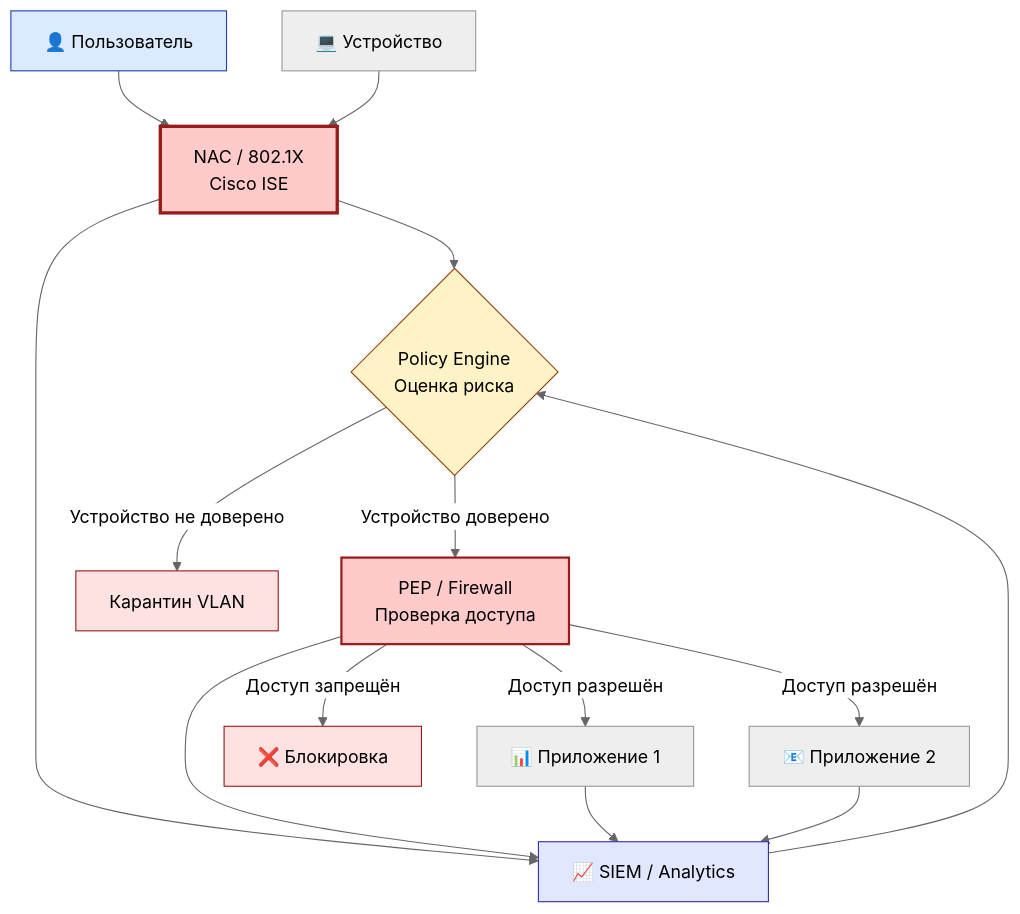
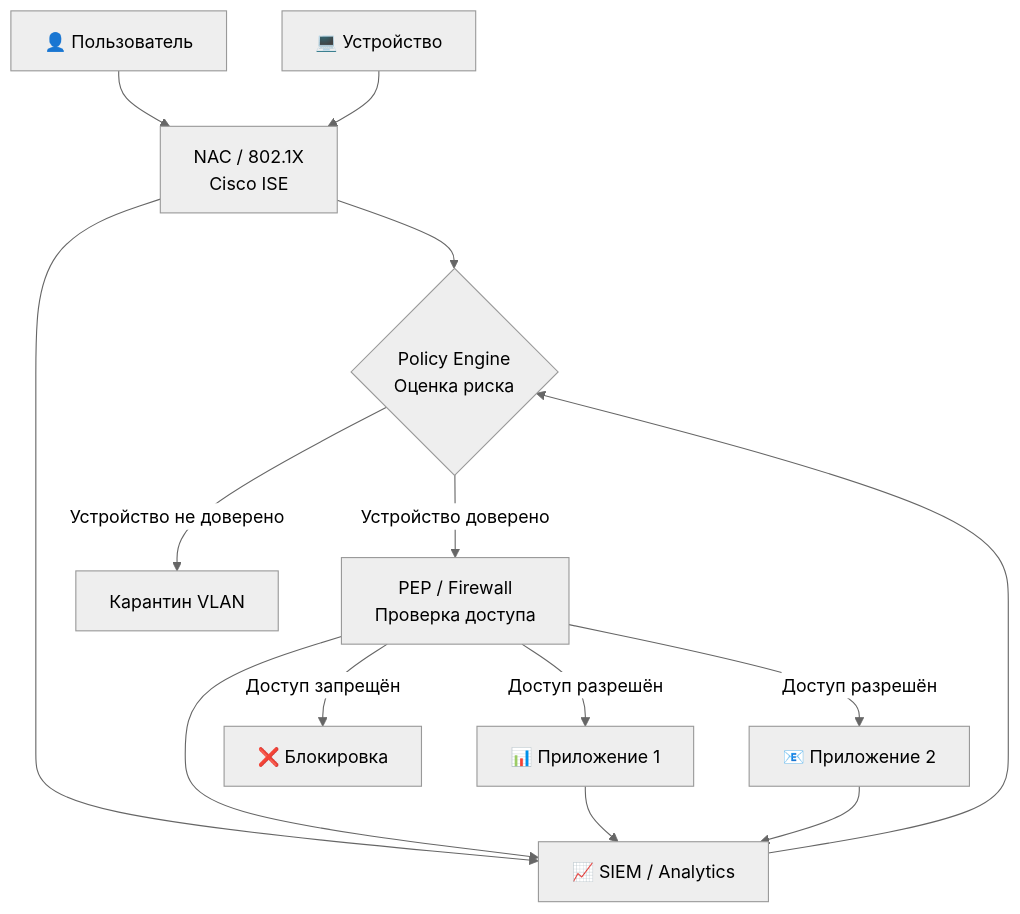
The seventh of 9 diagrams in Курс Stepik/Введение в Информационную Безопасность/Основные направления и области знаний ИБ-специалистов/Компьютерные сети.md (Grom12345454/ib-courses-docs), drawn with Mermaid (neutral theme) before and after one commit. The commit also changed other lines of this file, not shown here.

````diff
--- a/Курс Stepik/Введение в Информационную Безопасность/Основные направления и области знаний ИБ-специалистов/Компьютерные сети.md
+++ b/Курс Stepik/Введение в Информационную Безопасность/Основные направления и области знаний ИБ-специалистов/Компьютерные сети.md
@@ -519,29 +510,21 @@
 ```mermaid
 flowchart TB
     User[👤 Пользователь] --> NAC[NAC / 802.1X<br/>Cisco ISE]
     Device[💻 Устройство] --> NAC
     
     NAC --> Policy{Policy Engine<br/>Оценка риска}
     
     Policy -->|Устройство доверено| PEP[PEP / Firewall<br/>Проверка доступа]
     Policy -->|Устройство не доверено| Quarantine[Карантин VLAN]
     
     PEP -->|Доступ разрешён| App1[📊 Приложение 1]
     PEP -->|Доступ разрешён| App2[📧 Приложение 2]
     PEP -->|Доступ запрещён| Deny[❌ Блокировка]
     
     NAC --> SIEM[📈 SIEM / Analytics]
     PEP --> SIEM
     App1 --> SIEM
     App2 --> SIEM
     
     SIEM --> Policy
-    
-    style User fill:#dbeafe,stroke:#1e40af
-    style NAC fill:#fecaca,stroke:#991b1b,stroke-width:3px
-    style Policy fill:#fef3c7,stroke:#92400e
-    style PEP fill:#fecaca,stroke:#991b1b,stroke-width:2px
-    style SIEM fill:#e0e7ff,stroke:#3730a3
-    style Quarantine fill:#fee2e2,stroke:#991b1b
-    style Deny fill:#fee2e2,stroke:#991b1b
 ```
````
